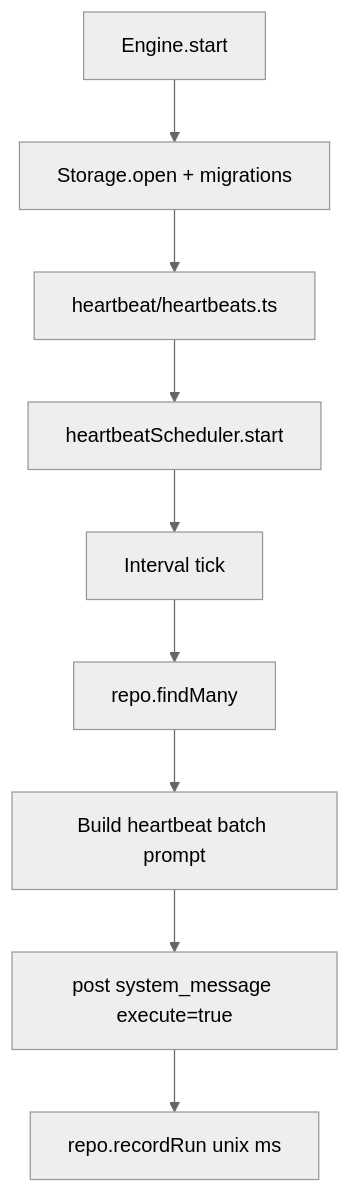
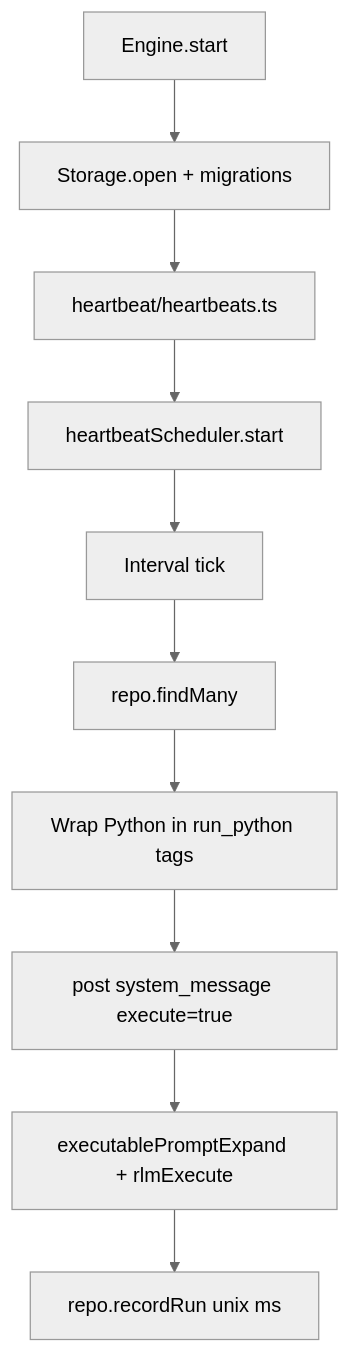
The diagram in packages/daycare/sources/engine/heartbeat/README.md (ex3ndr/daycare), drawn with Mermaid (neutral theme) before and after one commit. The commit also changed other lines of this file and 11 other files, not shown here.

First line of the commit message:
feat(heartbeat,cron): switch to Python-only code for task prompts

````diff
--- a/packages/daycare/sources/engine/heartbeat/README.md
+++ b/packages/daycare/sources/engine/heartbeat/README.md
@@ -28,11 +30,12 @@
 ```mermaid
 flowchart TD
   Engine[Engine.start] --> Storage[Storage.open + migrations]
   Storage --> Heartbeats[heartbeat/heartbeats.ts]
   Heartbeats --> Scheduler[heartbeatScheduler.start]
   Scheduler --> Tick[Interval tick]
   Tick --> Load[repo.findMany]
-  Load --> Batch[Build heartbeat batch prompt]
+  Load --> Batch[Wrap Python in run_python tags]
   Batch --> AgentSystem[post system_message execute=true]
-  AgentSystem --> Record[repo.recordRun unix ms]
+  AgentSystem --> RLM[executablePromptExpand + rlmExecute]
+  RLM --> Record[repo.recordRun unix ms]
 ```
````
